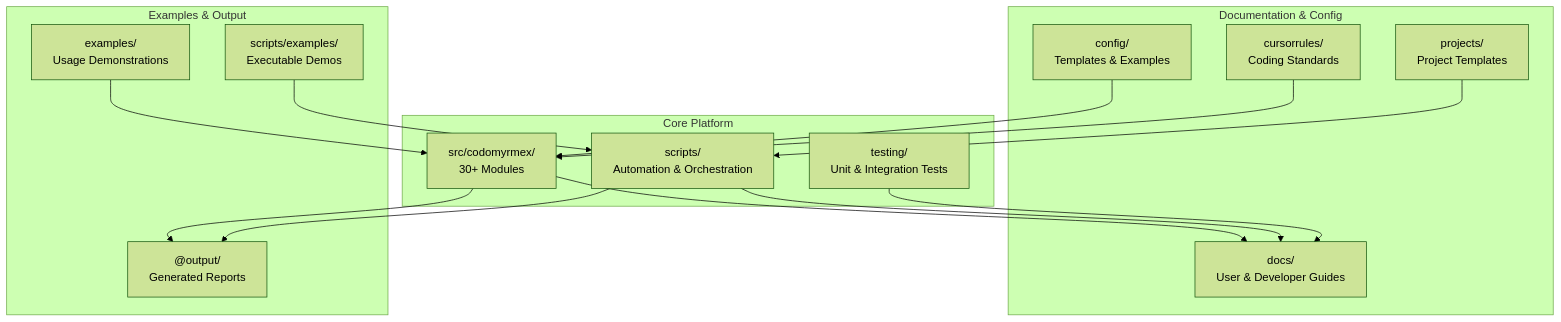
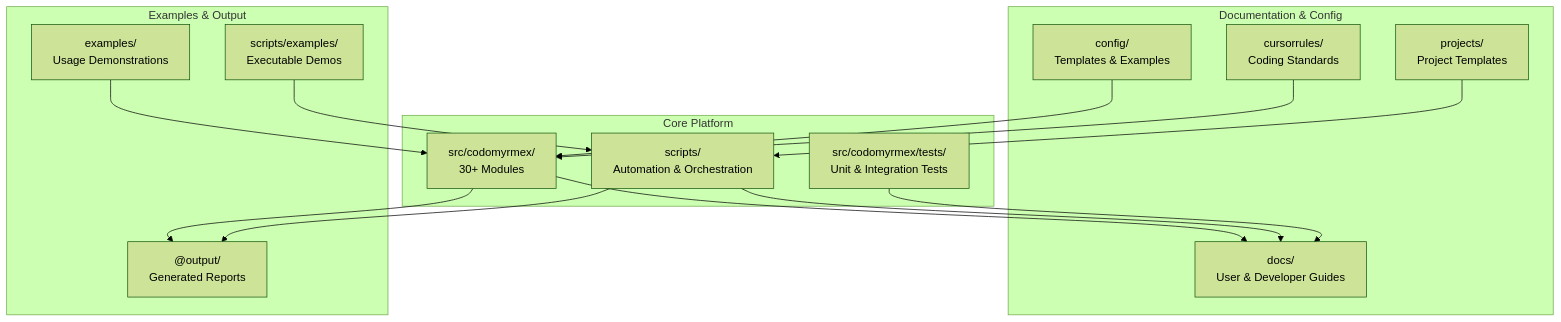
One commit to docxology/codomyrmex changed the seventh of 12 diagrams in README.md. Above: the diagram before and after it, drawn with Mermaid (forest theme). The commit also changed other lines of this file and 1922 other files, not shown here.

````diff
--- a/README.md
+++ b/README.md
@@ -740,32 +740,32 @@
 ```mermaid
 graph TD
     subgraph "Core Platform"
         CoreSrc["src/codomyrmex/<br/>30+ Modules"]
         CoreScripts["scripts/<br/>Automation & Orchestration"]
-        CoreTests["testing/<br/>Unit & Integration Tests"]
+        CoreTests["src/codomyrmex/tests/<br/>Unit & Integration Tests"]
     end
 
     subgraph "Documentation & Config"
         Docs["docs/<br/>User & Developer Guides"]
         Config["config/<br/>Templates & Examples"]
         Rules["cursorrules/<br/>Coding Standards"]
         Projects["projects/<br/>Project Templates"]
     end
 
     subgraph "Examples & Output"
         Examples["examples/<br/>Usage Demonstrations"]
         Output["@output/<br/>Generated Reports"]
         ScriptsExamples["scripts/examples/<br/>Executable Demos"]
     end
 
     CoreSrc --> Docs
     CoreScripts --> Docs
     CoreTests --> Docs
     Config --> CoreSrc
     Rules --> CoreSrc
     Projects --> CoreScripts
     Examples --> CoreSrc
     ScriptsExamples --> CoreScripts
     CoreSrc --> Output
     CoreScripts --> Output
 ```
````
